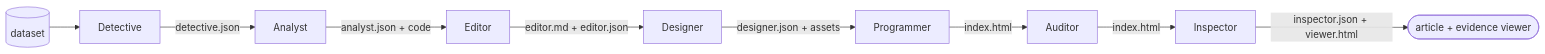
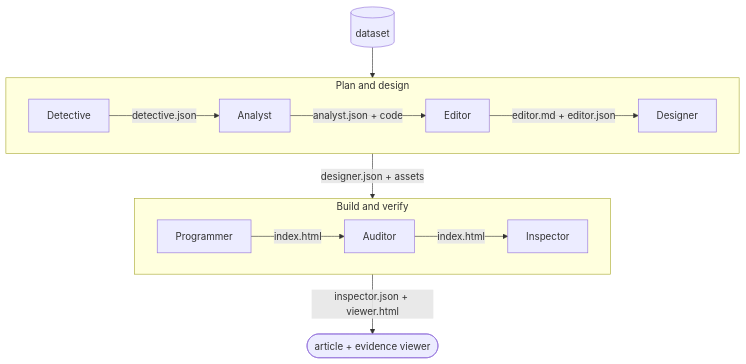
One commit to QinghongLin/data2story-skill changed the diagram in README.md. Above: the diagram before and after it, drawn with Mermaid.

````diff
--- a/README.md
+++ b/README.md
@@ -47,11 +47,21 @@
 ```mermaid
-flowchart LR
-    DATA[(dataset)] --> DET[Detective]
-    DET -->|detective.json| ANA[Analyst]
-    ANA -->|analyst.json + code| EDT[Editor]
-    EDT -->|editor.md + editor.json| DES[Designer]
-    DES -->|designer.json + assets| PRG[Programmer]
-    PRG -->|index.html| AUD[Auditor]
-    AUD -->|index.html| INS[Inspector]
+flowchart TB
+    DATA[(dataset)]
+
+    subgraph plan [Plan and design]
+        direction LR
+        DET[Detective] -->|detective.json| ANA[Analyst]
+        ANA -->|analyst.json + code| EDT[Editor]
+        EDT -->|editor.md + editor.json| DES[Designer]
+    end
+
+    subgraph build [Build and verify]
+        direction LR
+        PRG[Programmer] -->|index.html| AUD[Auditor]
+        AUD -->|index.html| INS[Inspector]
+    end
+
+    DATA --> DET
+    DES -->|designer.json + assets| PRG
     INS -->|inspector.json + viewer.html| OUT([article + evidence viewer])
 ```
````
